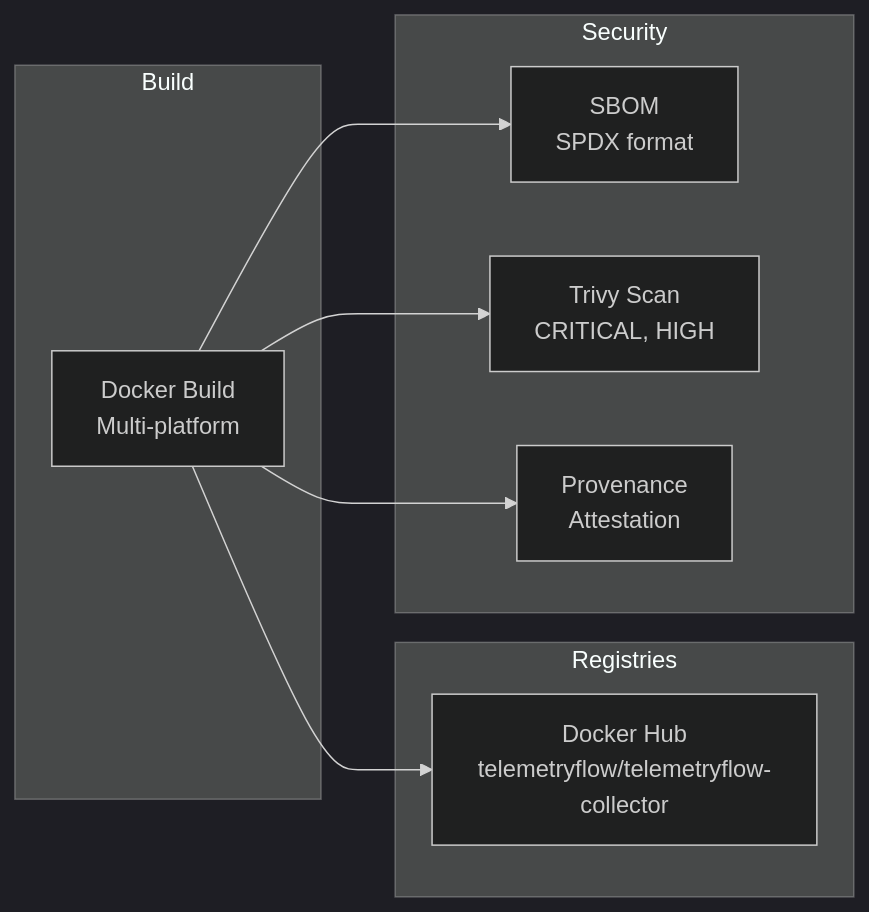
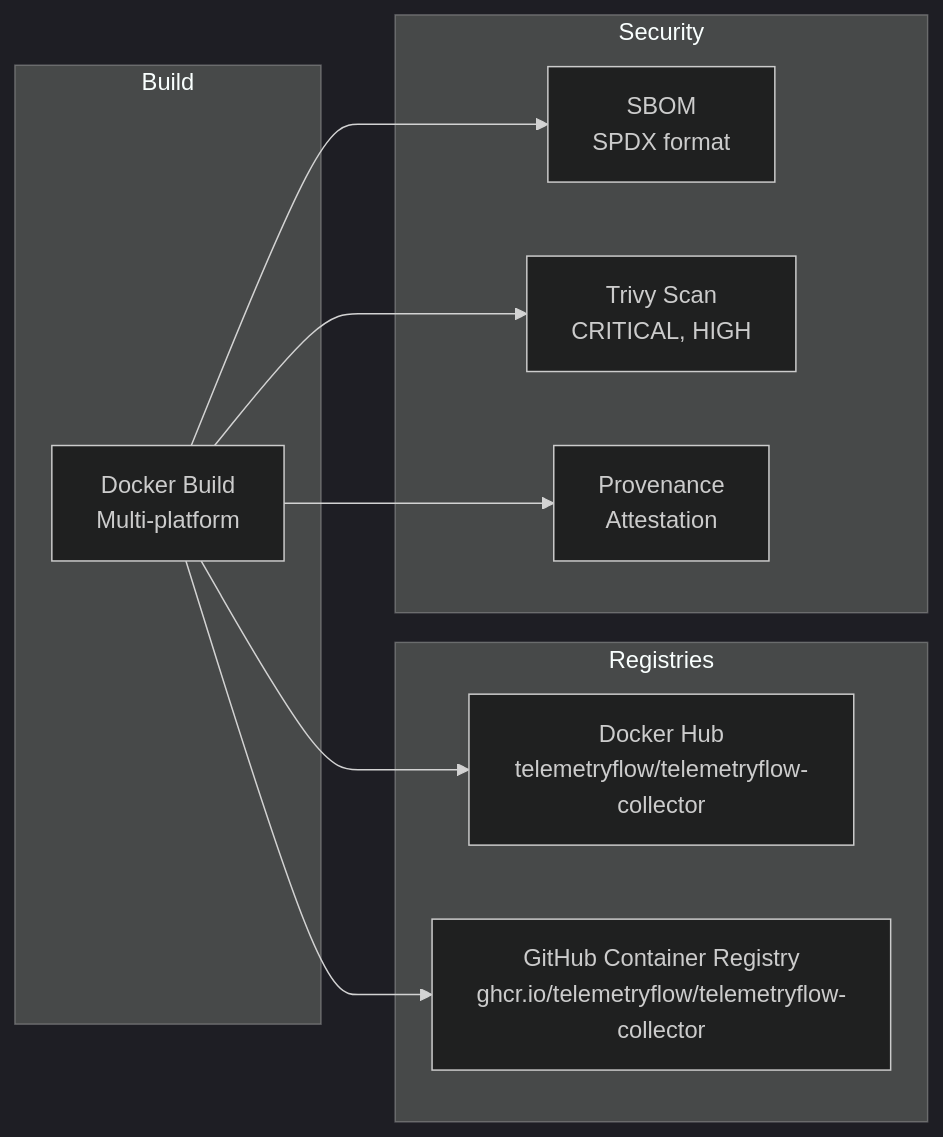
Before and after one commit to telemetryflow/telemetryflow-collector: the eighth of 13 diagrams in docs/GITHUB-WORKFLOWS.md, drawn with Mermaid (dark theme). The commit also changed other lines of this file and 126 other files, not shown here.

````diff
--- a/docs/GITHUB-WORKFLOWS.md
+++ b/docs/GITHUB-WORKFLOWS.md
@@ -565,21 +283,23 @@
 ```mermaid
 flowchart LR
     subgraph "Build"
         B[Docker Build<br/>Multi-platform]
     end
 
     subgraph "Registries"
         DH[Docker Hub<br/>telemetryflow/telemetryflow-collector]
+        GH[GitHub Container Registry<br/>ghcr.io/telemetryflow/telemetryflow-collector]
     end
 
     subgraph "Security"
         SBOM[SBOM<br/>SPDX format]
         TRIVY[Trivy Scan<br/>CRITICAL, HIGH]
         PROV[Provenance<br/>Attestation]
     end
 
     B --> DH
+    B --> GH
     B --> SBOM
     B --> TRIVY
     B --> PROV
 ```
````
